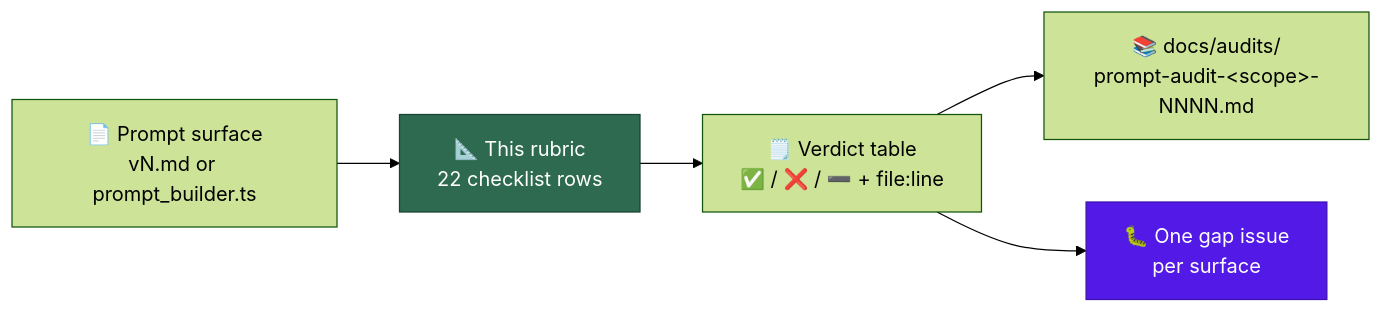
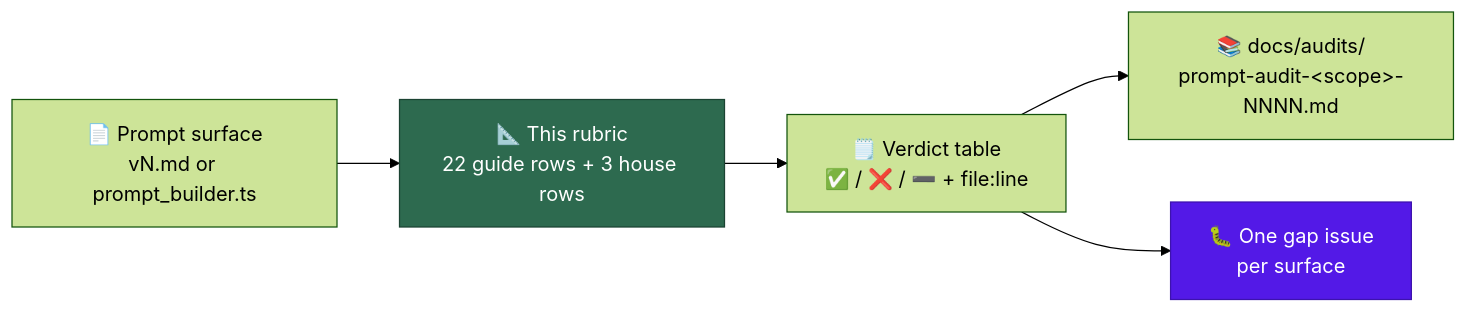
Before and after one commit to stSoftwareAU/VibeCoder: the diagram in docs/PROMPT-BEST-PRACTICES-CHECKLIST.md, drawn with Mermaid (forest theme). The commit also changed other lines of this file and 3 other files, not shown here.

First line of the commit message:
Prompt rubric: add positive framing, the no-op test and leading words as house rows (Issue #659)

````diff
--- a/docs/PROMPT-BEST-PRACTICES-CHECKLIST.md
+++ b/docs/PROMPT-BEST-PRACTICES-CHECKLIST.md
@@ -15,9 +15,9 @@
 ```mermaid
 flowchart LR
-    S["📄 Prompt surface<br/>vN.md or prompt_builder.ts"] --> R["📐 This rubric<br/>22 checklist rows"]
+    S["📄 Prompt surface<br/>vN.md or prompt_builder.ts"] --> R["📐 This rubric<br/>22 guide rows + 3 house rows"]
     R --> V["🗒️ Verdict table<br/>✅ / ❌ / ➖ + file:line"]
     V --> A["📚 docs/audits/<br/>prompt-audit-&lt;scope&gt;-NNNN.md"]
     V --> G["🐛 One gap issue<br/>per surface"]
     style R fill:#2d6a4f,stroke:#1b4332,color:#fff
     style G fill:#5319e7,stroke:#3d13ad,color:#fff
 ```
````
